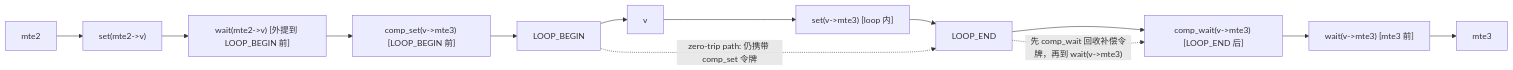
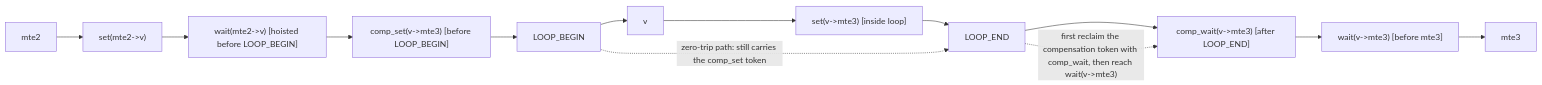
One commit to afshinarefi/PTOAS_Markham changed the sixth of 8 diagrams in docs/designs/ptoas-auto-sync-design.md. Above: the diagram before and after it, drawn with Mermaid. The commit also changed other lines of this file and 20 other files, not shown here.

````diff
--- a/docs/designs/ptoas-auto-sync-design.md
+++ b/docs/designs/ptoas-auto-sync-design.md
@@ -658,18 +581,18 @@
 ```mermaid
 flowchart LR
   M2A["mte2"]
   S12A["set(mte2->v)"]
-  W12A["wait(mte2->v) [外提到 LOOP_BEGIN 前]"]
-  CS["comp_set(v->mte3) [LOOP_BEGIN 前]"]
+  W12A["wait(mte2->v) [hoisted before LOOP_BEGIN]"]
+  CS["comp_set(v->mte3) [before LOOP_BEGIN]"]
   LBA["LOOP_BEGIN"]
   V2["v"]
-  S23A["set(v->mte3) [loop 内]"]
+  S23A["set(v->mte3) [inside loop]"]
   LEA["LOOP_END"]
-  CW["comp_wait(v->mte3) [LOOP_END 后]"]
-  W23A["wait(v->mte3) [mte3 前]"]
+  CW["comp_wait(v->mte3) [after LOOP_END]"]
+  W23A["wait(v->mte3) [before mte3]"]
   M3A["mte3"]
 
   M2A --> S12A --> W12A --> CS --> LBA --> V2 --> S23A --> LEA --> CW --> W23A --> M3A
-  LBA -. "zero-trip path: 仍携带 comp_set 令牌" .-> LEA
-  LEA -. "先 comp_wait 回收补偿令牌，再到 wait(v->mte3)" .-> CW
+  LBA -. "zero-trip path: still carries the comp_set token" .-> LEA
+  LEA -. "first reclaim the compensation token with comp_wait, then reach wait(v->mte3)" .-> CW
 ```
````
